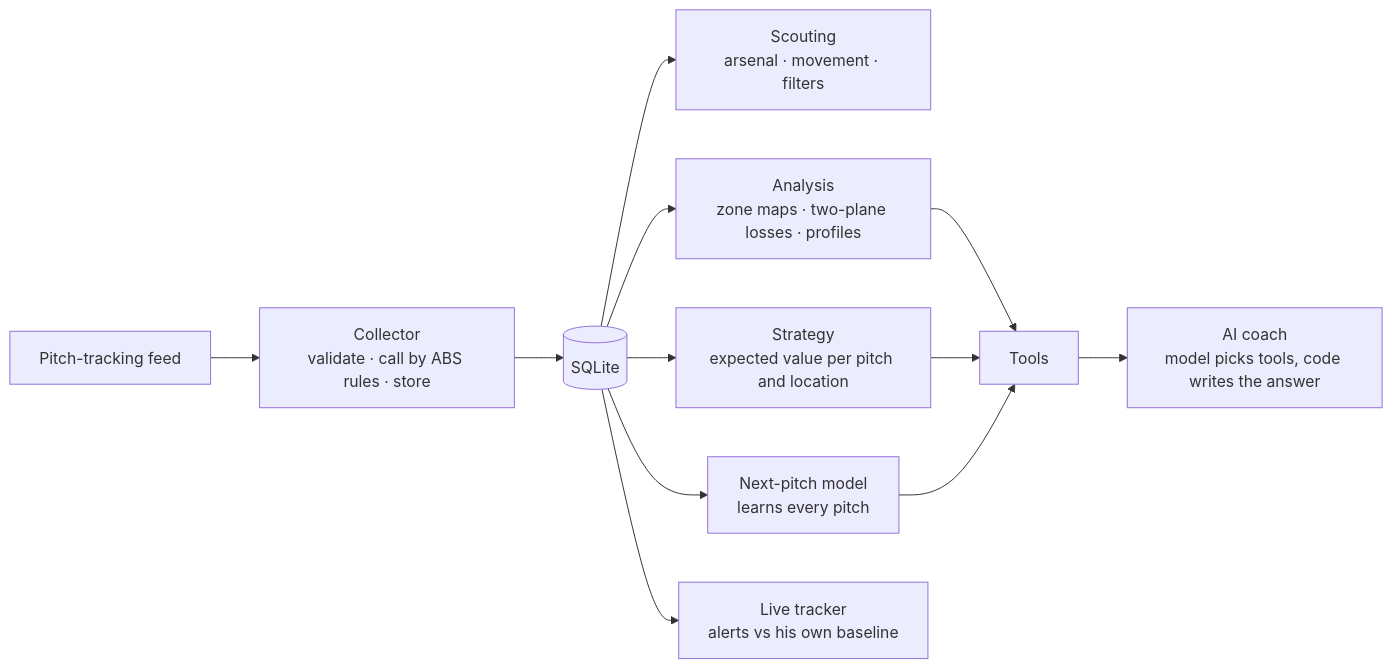
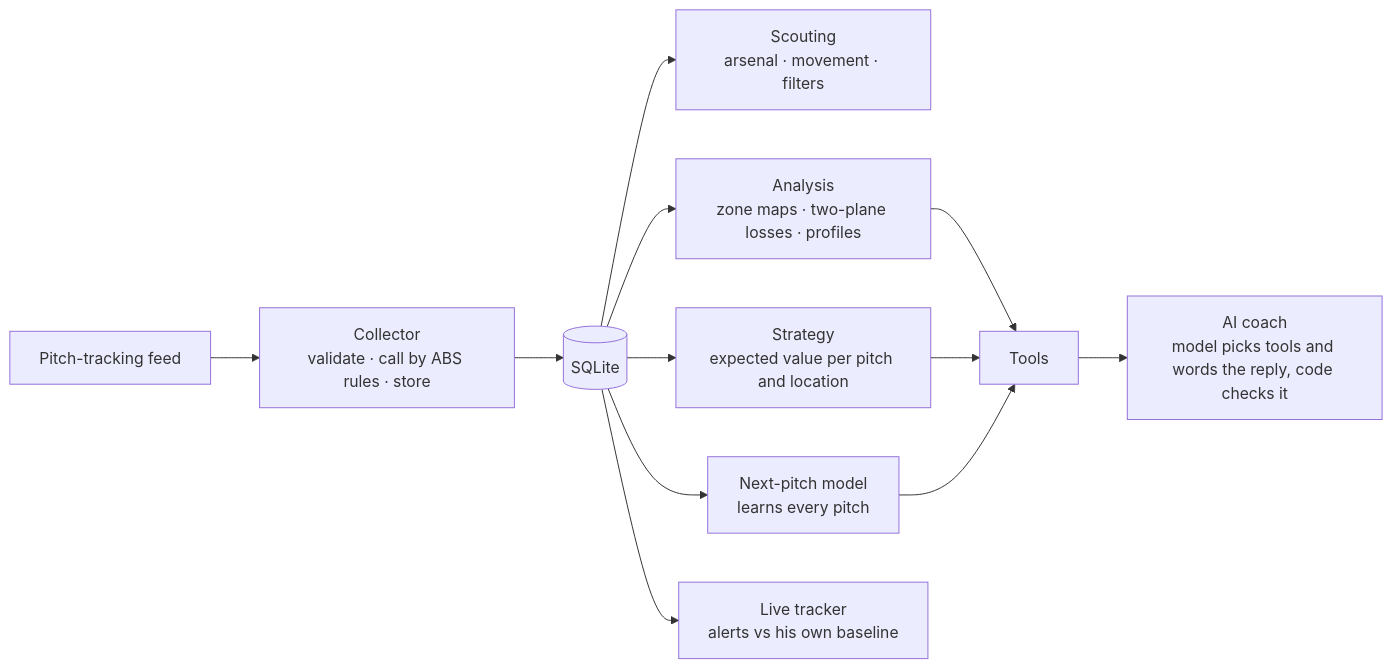
One commit to joeljo2347-bit/kbo-abs-assist changed the diagram in README.md. Above: the diagram before and after it, drawn with Mermaid. The commit also changed other lines of this file and 24 other files, not shown here.

Commit message:
Coach eval: sealed independent sets 21-22 pass 12 of 20 with the model writing checked replies

````diff
--- a/README.md
+++ b/README.md
@@ -55,11 +55,11 @@
 ```mermaid
 flowchart LR
     F[Pitch-tracking feed] --> C[Collector<br/>validate · call by ABS rules · store]
     C --> D[(SQLite)]
     D --> SC[Scouting<br/>arsenal · movement · filters]
     D --> A[Analysis<br/>zone maps · two-plane losses · profiles]
     D --> S[Strategy<br/>expected value per pitch and location]
     D --> P[Next-pitch model<br/>learns every pitch]
     D --> L[Live tracker<br/>alerts vs his own baseline]
-    A & S & P --> T[Tools] --> AI[AI coach<br/>model picks tools, code writes the answer]
+    A & S & P --> T[Tools] --> AI[AI coach<br/>model picks tools and words the reply, code checks it]
 ```
````
